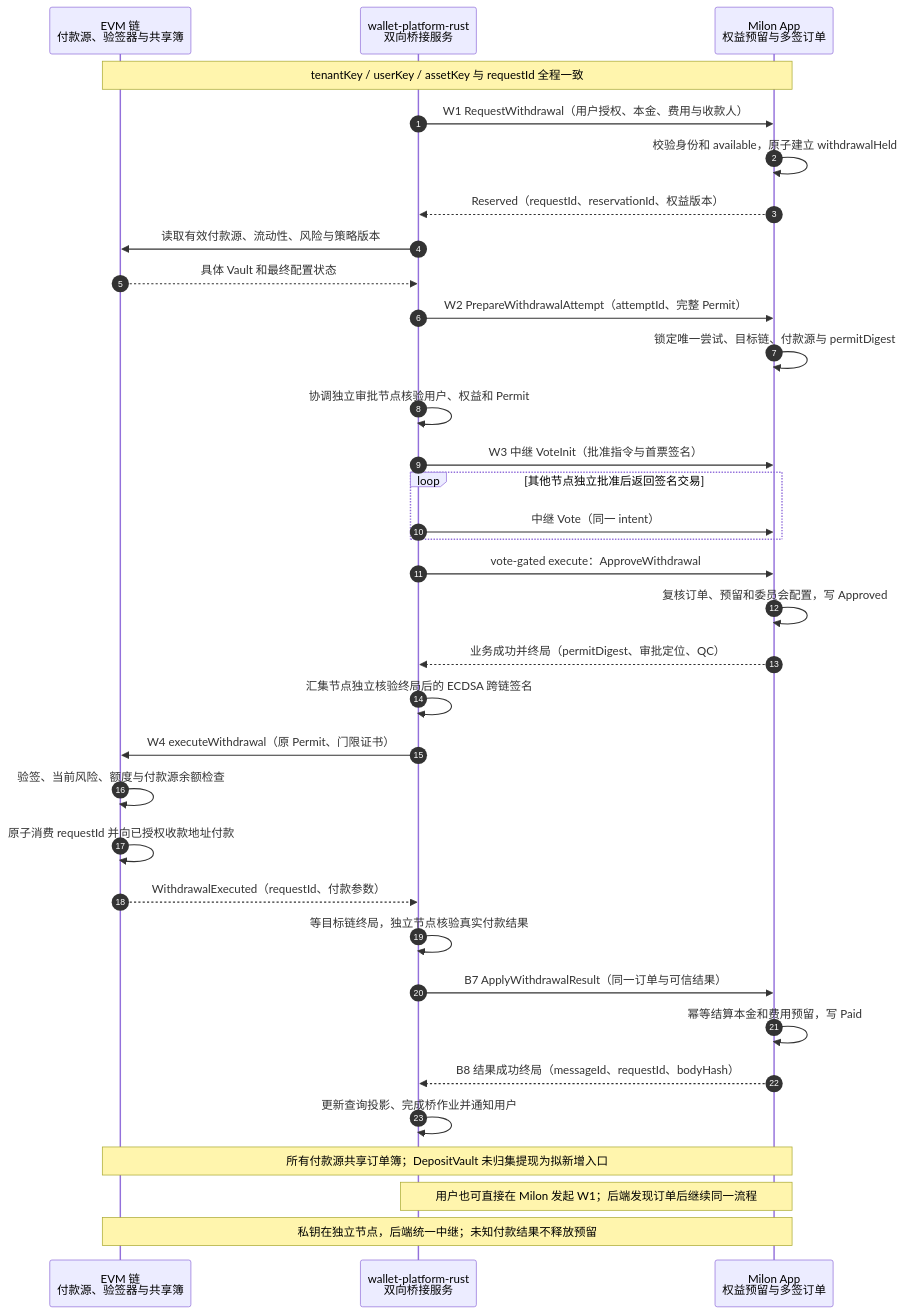
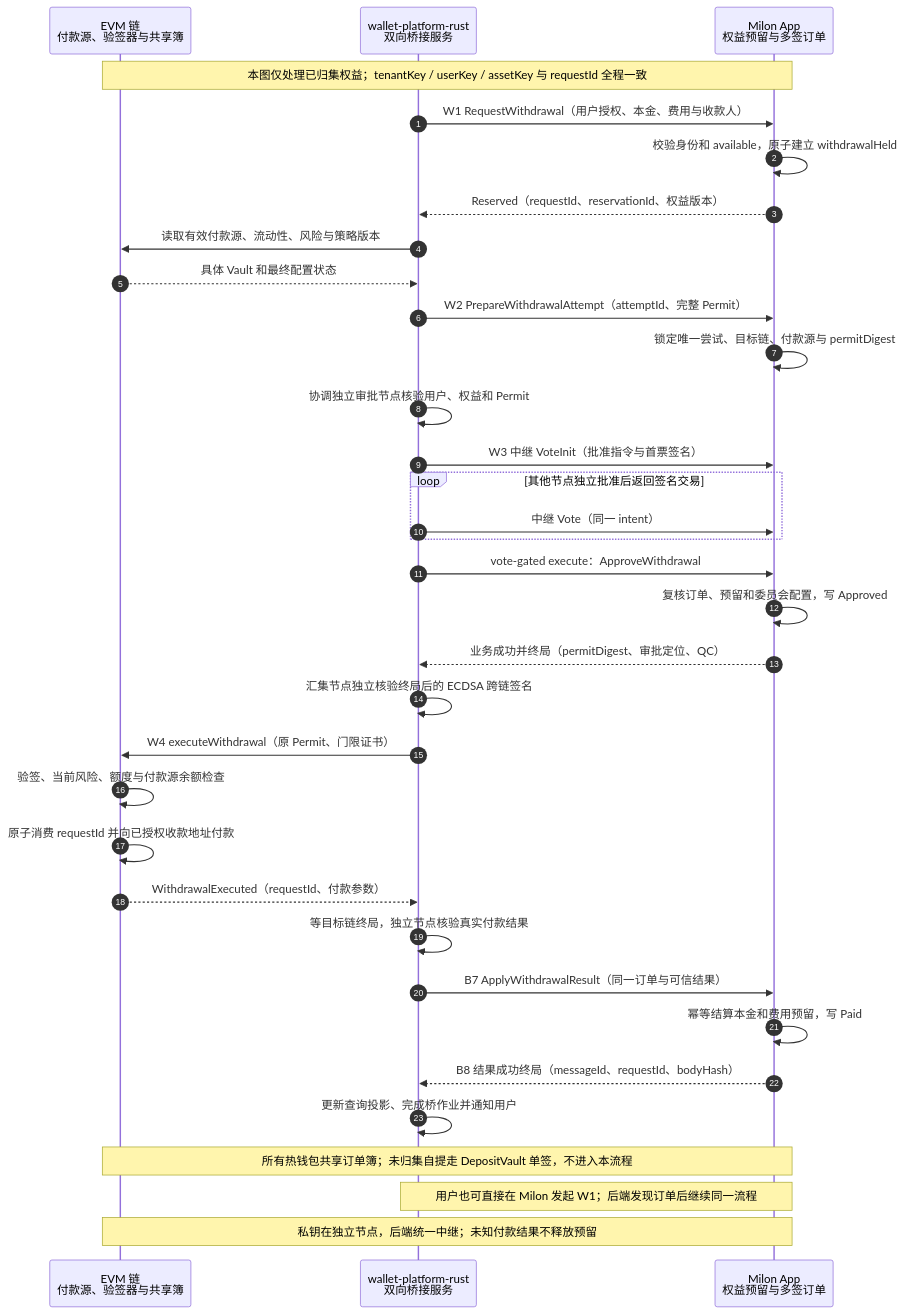
Before and after one commit to Alonoril/wallet-platform: the diagram in docs-v2/evm-wallet-platform-contract-design/20261011-milon-withdrawal-sequence.mmd, drawn with Mermaid. The commit also changed 12 other files, not shown here.

```diff
--- a/docs-v2/evm-wallet-platform-contract-design/20261011-milon-withdrawal-sequence.mmd
+++ b/docs-v2/evm-wallet-platform-contract-design/20261011-milon-withdrawal-sequence.mmd
@@ -1,36 +1,36 @@
 sequenceDiagram
     autonumber
     participant E as EVM 链<br/>付款源、验签器与共享簿
     participant R as wallet-platform-rust<br/>双向桥接服务
     participant M as Milon App<br/>权益预留与多签订单
 
-    Note over E,M: tenantKey / userKey / assetKey 与 requestId 全程一致
+    Note over E,M: 本图仅处理已归集权益；tenantKey / userKey / assetKey 与 requestId 全程一致
     R->>M: W1 RequestWithdrawal（用户授权、本金、费用与收款人）
     M->>M: 校验身份和 available，原子建立 withdrawalHeld
     M-->>R: Reserved（requestId、reservationId、权益版本）
     R->>E: 读取有效付款源、流动性、风险与策略版本
     E-->>R: 具体 Vault 和最终配置状态
     R->>M: W2 PrepareWithdrawalAttempt（attemptId、完整 Permit）
     M->>M: 锁定唯一尝试、目标链、付款源与 permitDigest
     R->>R: 协调独立审批节点核验用户、权益和 Permit
     R->>M: W3 中继 VoteInit（批准指令与首票签名）
     loop 其他节点独立批准后返回签名交易
         R->>M: 中继 Vote（同一 intent）
     end
     R->>M: vote-gated execute：ApproveWithdrawal
     M->>M: 复核订单、预留和委员会配置，写 Approved
     M-->>R: 业务成功并终局（permitDigest、审批定位、QC）
     R->>R: 汇集节点独立核验终局后的 ECDSA 跨链签名
     R->>E: W4 executeWithdrawal（原 Permit、门限证书）
     E->>E: 验签、当前风险、额度与付款源余额检查
     E->>E: 原子消费 requestId 并向已授权收款地址付款
     E-->>R: WithdrawalExecuted（requestId、付款参数）
     R->>R: 等目标链终局，独立节点核验真实付款结果
     R->>M: B7 ApplyWithdrawalResult（同一订单与可信结果）
     M->>M: 幂等结算本金和费用预留，写 Paid
     M-->>R: B8 结果成功终局（messageId、requestId、bodyHash）
     R->>R: 更新查询投影、完成桥作业并通知用户
 
-    Note over E,M: 所有付款源共享订单簿；DepositVault 未归集提现为拟新增入口
+    Note over E,M: 所有热钱包共享订单簿；未归集自提走 DepositVault 单签，不进入本流程
     Note over R,M: 用户也可直接在 Milon 发起 W1；后端发现订单后继续同一流程
     Note over E,M: 私钥在独立节点，后端统一中继；未知付款结果不释放预留
```
